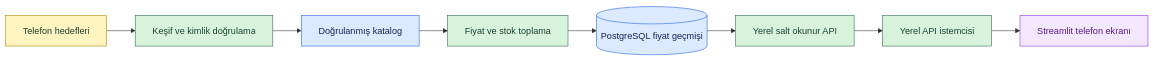
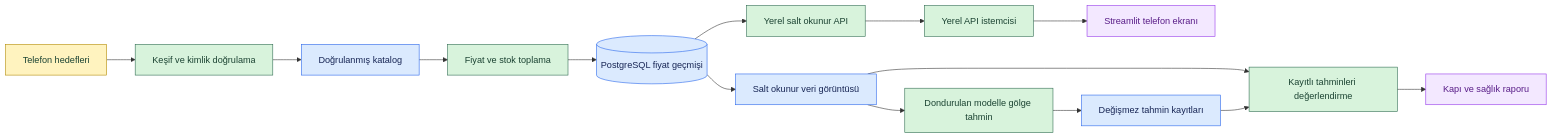
Before and after one commit to Emir-Ars/Urun-indirim-takip: the first of 2 diagrams in README.md, drawn with Mermaid. The commit also changed other lines of this file and 3 other files, not shown here.

````diff
--- a/README.md
+++ b/README.md
@@ -42,18 +48,24 @@
 ```mermaid
 flowchart LR
     A["Telefon hedefleri"] --> B["Keşif ve kimlik doğrulama"]
     B --> C["Doğrulanmış katalog"]
     C --> D["Fiyat ve stok toplama"]
     D --> E[("PostgreSQL fiyat geçmişi")]
     E --> F["Yerel salt okunur API"]
     F --> G["Yerel API istemcisi"]
     G --> H["Streamlit telefon ekranı"]
+    E --> I["Salt okunur veri görüntüsü"]
+    I --> J["Dondurulan modelle gölge tahmin"]
+    J --> K["Değişmez tahmin kayıtları"]
+    I --> L["Kayıtlı tahminleri değerlendirme"]
+    K --> L
+    L --> M["Kapı ve sağlık raporu"]
     classDef targets fill:#fff3bf,stroke:#b08900,color:#1b4332
     classDef processing fill:#d8f3dc,stroke:#2d6a4f,color:#1b4332
     classDef records fill:#dbeafe,stroke:#2563eb,color:#172554
     classDef preview fill:#f3e8ff,stroke:#9333ea,color:#581c87
     class A targets
-    class B,D,F,G processing
-    class C,E records
-    class H preview
+    class B,D,F,G,J,L processing
+    class C,E,I,K records
+    class H,M preview
 ```
````
